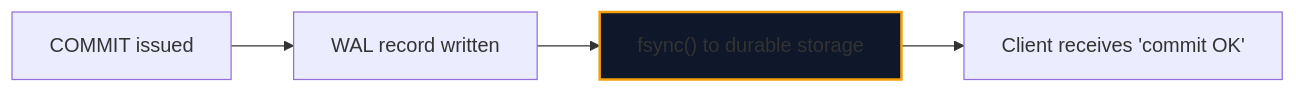
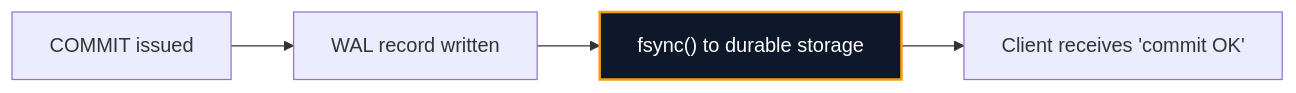
One commit to 1345AbhishekKumar/cs-cookbook changed the third of 3 diagrams in content/docs/databases-sql/03-transactions-and-concurrency/01-acid-and-transactions.mdx. Above: the diagram before and after it, drawn with Mermaid. The commit also changed other lines of this file and 80 other files, not shown here.

````diff
--- a/content/docs/databases-sql/03-transactions-and-concurrency/01-acid-and-transactions.mdx
+++ b/content/docs/databases-sql/03-transactions-and-concurrency/01-acid-and-transactions.mdx
@@ -148,8 +148,8 @@
 ```mermaid
 flowchart LR
     COMMIT["COMMIT issued"] --> WAL["WAL record written"]
     WAL --> FSYNC["fsync() to durable storage"]
     FSYNC --> ACK["Client receives 'commit OK'"]
 
-    style FSYNC fill:#0f172a,stroke:#f59e0b,stroke-width:2px
+    style FSYNC fill:#0f172a,stroke:#f59e0b,stroke-width:2px,color:#ffffff
 ```
````
